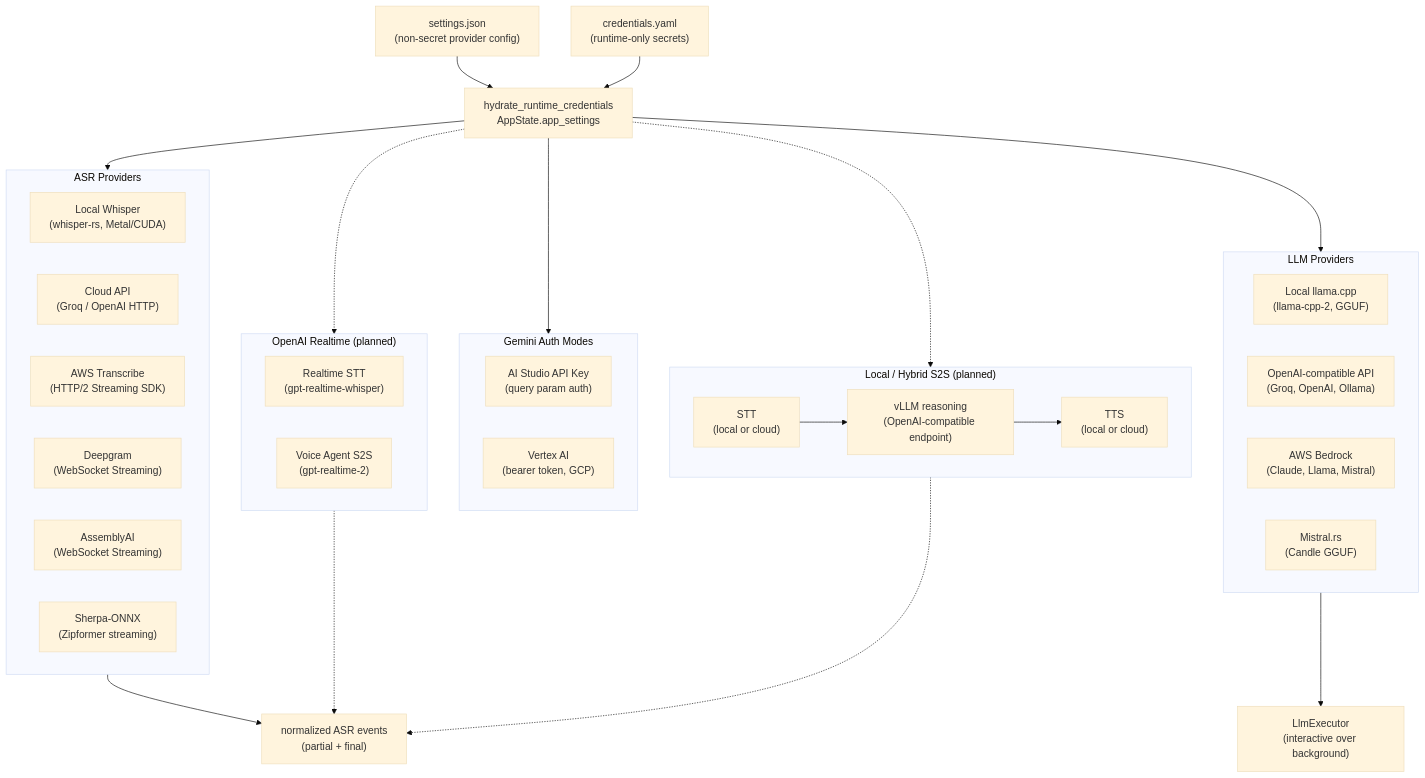
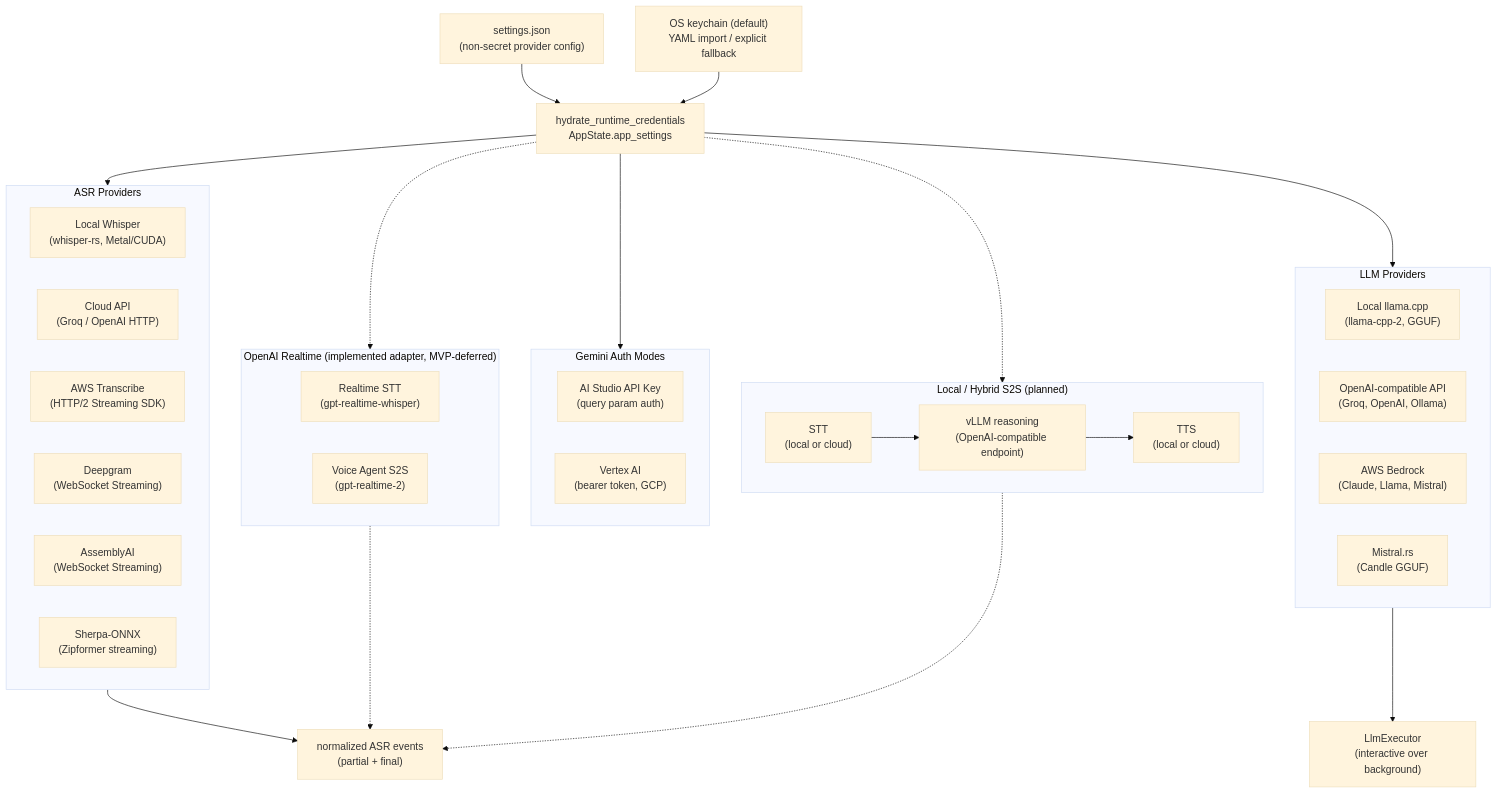
Before and after one commit to Codeseys-Labs/audio-graph: the third of 12 diagrams in docs/ARCHITECTURE.md, drawn with Mermaid (base theme). The commit also changed other lines of this file and 101 other files, not shown here.

````diff
--- a/docs/ARCHITECTURE.md
+++ b/docs/ARCHITECTURE.md
@@ -287,51 +342,51 @@
 ```mermaid
 flowchart TD
     SETTINGS["settings.json<br/>(non-secret provider config)"]
-    CREDS["credentials.yaml<br/>(runtime-only secrets)"]
+    CREDS["OS keychain (default)<br/>YAML import / explicit fallback"]
     HYDRATE["hydrate_runtime_credentials<br/>AppState.app_settings"]
 
     subgraph ASR["ASR Providers"]
         A1["Local Whisper<br/>(whisper-rs, Metal/CUDA)"]
         A2["Cloud API<br/>(Groq / OpenAI HTTP)"]
         A3["AWS Transcribe<br/>(HTTP/2 Streaming SDK)"]
         A4["Deepgram<br/>(WebSocket Streaming)"]
         A5["AssemblyAI<br/>(WebSocket Streaming)"]
         A6["Sherpa-ONNX<br/>(Zipformer streaming)"]
     end
 
     subgraph LLM["LLM Providers"]
         L1["Local llama.cpp<br/>(llama-cpp-2, GGUF)"]
         L2["OpenAI-compatible API<br/>(Groq, OpenAI, Ollama)"]
         L3["AWS Bedrock<br/>(Claude, Llama, Mistral)"]
         L4["Mistral.rs<br/>(Candle GGUF)"]
     end
 
     subgraph GEMINI["Gemini Auth Modes"]
         G1["AI Studio API Key<br/>(query param auth)"]
         G2["Vertex AI<br/>(bearer token, GCP)"]
     end
 
-    subgraph OPENAI_RT["OpenAI Realtime (planned)"]
+    subgraph OPENAI_RT["OpenAI Realtime (implemented adapter, MVP-deferred)"]
         O1["Realtime STT<br/>(gpt-realtime-whisper)"]
         O2["Voice Agent S2S<br/>(gpt-realtime-2)"]
     end
 
     subgraph LOCAL_S2S["Local / Hybrid S2S (planned)"]
         S1["STT<br/>(local or cloud)"]
         S2["vLLM reasoning<br/>(OpenAI-compatible endpoint)"]
         S3["TTS<br/>(local or cloud)"]
         S1 --> S2 --> S3
     end
 
     SETTINGS --> HYDRATE
     CREDS --> HYDRATE
     HYDRATE --> ASR
     HYDRATE --> LLM
     HYDRATE --> GEMINI
     HYDRATE -.-> OPENAI_RT
     HYDRATE -.-> LOCAL_S2S
     LLM --> EXEC["LlmExecutor<br/>(interactive over background)"]
     ASR --> EVENTS["normalized ASR events<br/>(partial + final)"]
     OPENAI_RT -.-> EVENTS
     LOCAL_S2S -.-> EVENTS
 ```
````
